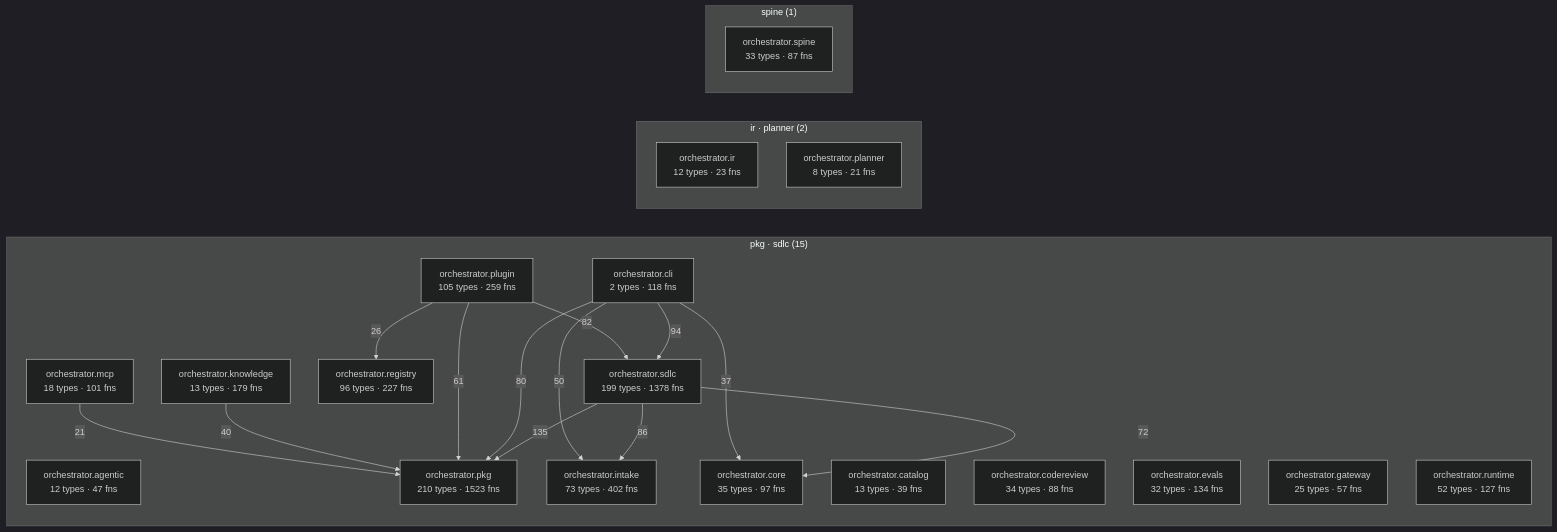
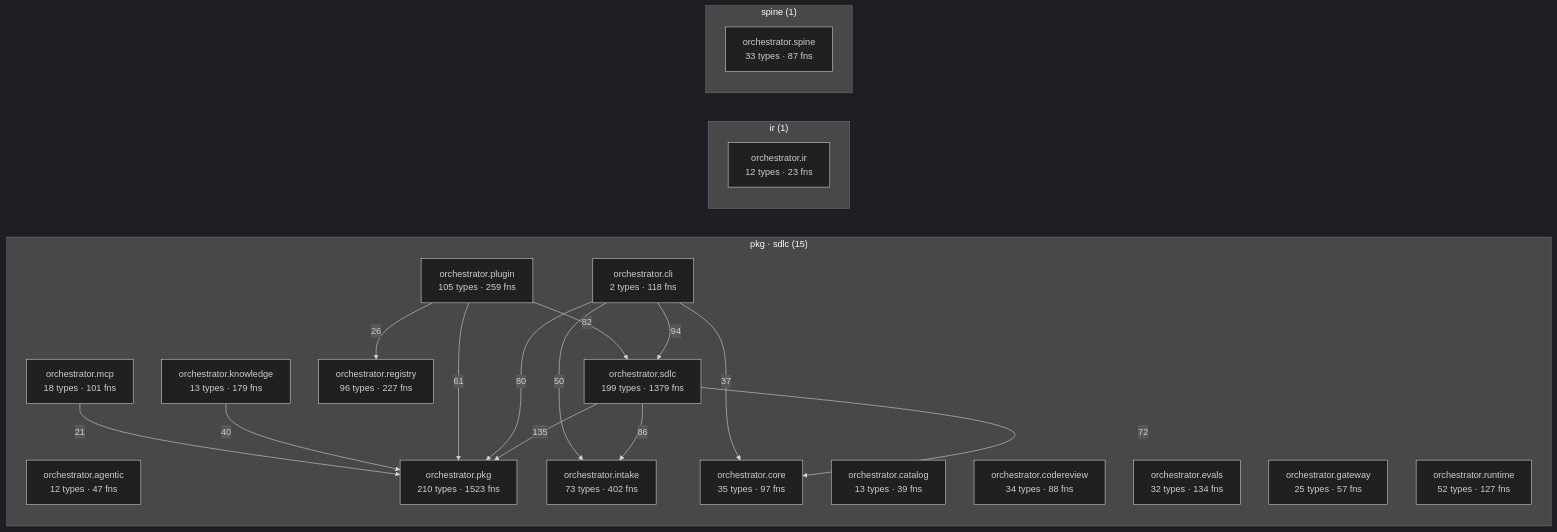
Before and after one commit to synaptixs/spine: the diagram in episteme/architecture.md, drawn with Mermaid (dark theme). The commit also changed other lines of this file and 17 other files, not shown here.

````diff
--- a/episteme/architecture.md
+++ b/episteme/architecture.md
@@ -56,39 +56,38 @@
 ```mermaid
 flowchart LR
   subgraph c_2["pkg · sdlc (15)"]
     aorchestratoragentic["orchestrator.agentic<br/>12 types · 47 fns"]
     aorchestratorcatalog["orchestrator.catalog<br/>13 types · 39 fns"]
     aorchestratorcli["orchestrator.cli<br/>2 types · 118 fns"]
     aorchestratorcodereview["orchestrator.codereview<br/>34 types · 88 fns"]
     aorchestratorcore["orchestrator.core<br/>35 types · 97 fns"]
     aorchestratorevals["orchestrator.evals<br/>32 types · 134 fns"]
     aorchestratorgateway["orchestrator.gateway<br/>25 types · 57 fns"]
     aorchestratorintake["orchestrator.intake<br/>73 types · 402 fns"]
     aorchestratorknowledge["orchestrator.knowledge<br/>13 types · 179 fns"]
     aorchestratormcp["orchestrator.mcp<br/>18 types · 101 fns"]
     aorchestratorpkg["orchestrator.pkg<br/>210 types · 1523 fns"]
     aorchestratorplugin["orchestrator.plugin<br/>105 types · 259 fns"]
     aorchestratorregistry["orchestrator.registry<br/>96 types · 227 fns"]
     aorchestratorruntime["orchestrator.runtime<br/>52 types · 127 fns"]
-    aorchestratorsdlc["orchestrator.sdlc<br/>199 types · 1378 fns"]
+    aorchestratorsdlc["orchestrator.sdlc<br/>199 types · 1379 fns"]
   end
-  subgraph c_6["ir · planner (2)"]
+  subgraph c_6["ir (1)"]
     aorchestratorir["orchestrator.ir<br/>12 types · 23 fns"]
-    aorchestratorplanner["orchestrator.planner<br/>8 types · 21 fns"]
   end
   subgraph c_12["spine (1)"]
     aorchestratorspine["orchestrator.spine<br/>33 types · 87 fns"]
   end
   aorchestratorsdlc -->|135| aorchestratorpkg
   aorchestratorcli -->|94| aorchestratorsdlc
   aorchestratorsdlc -->|86| aorchestratorintake
   aorchestratorplugin -->|82| aorchestratorsdlc
   aorchestratorcli -->|80| aorchestratorpkg
   aorchestratorsdlc -->|72| aorchestratorcore
   aorchestratorplugin -->|61| aorchestratorpkg
   aorchestratorcli -->|50| aorchestratorintake
   aorchestratorknowledge -->|40| aorchestratorpkg
   aorchestratorcli -->|37| aorchestratorcore
   aorchestratorplugin -->|26| aorchestratorregistry
   aorchestratormcp -->|21| aorchestratorpkg
 ```
````
